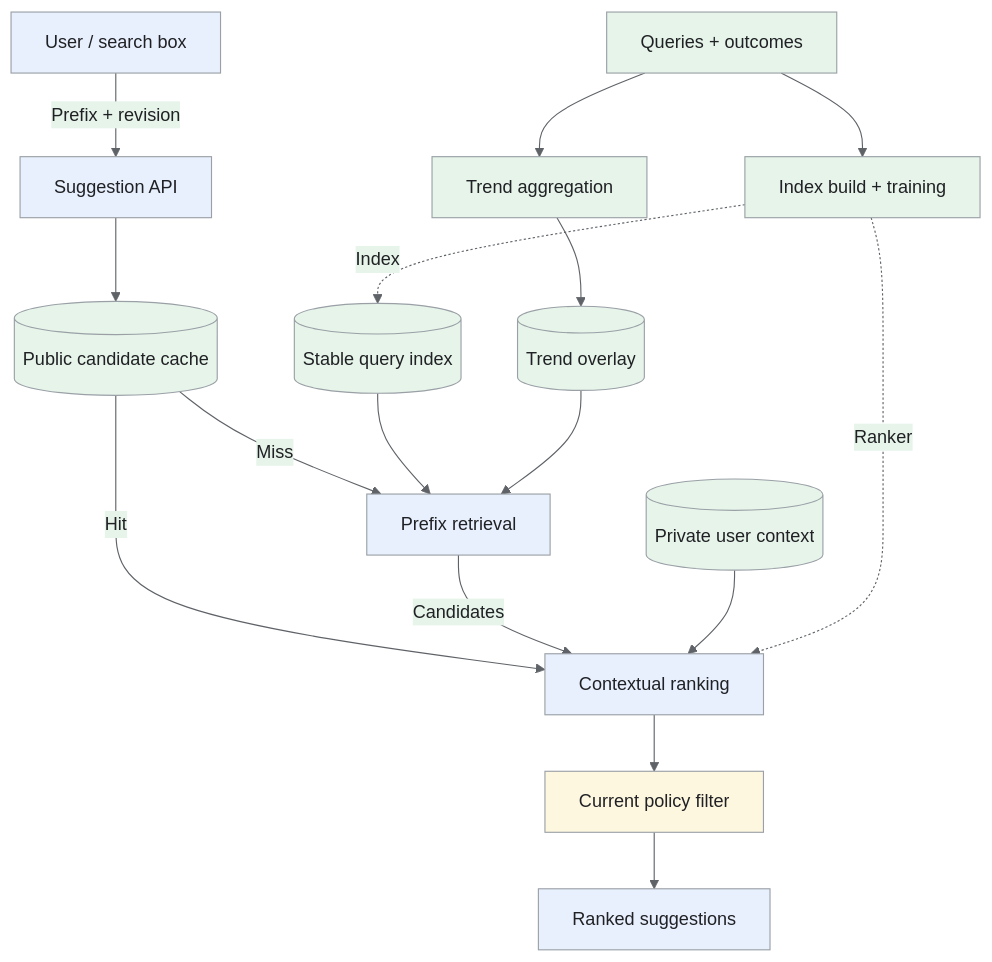
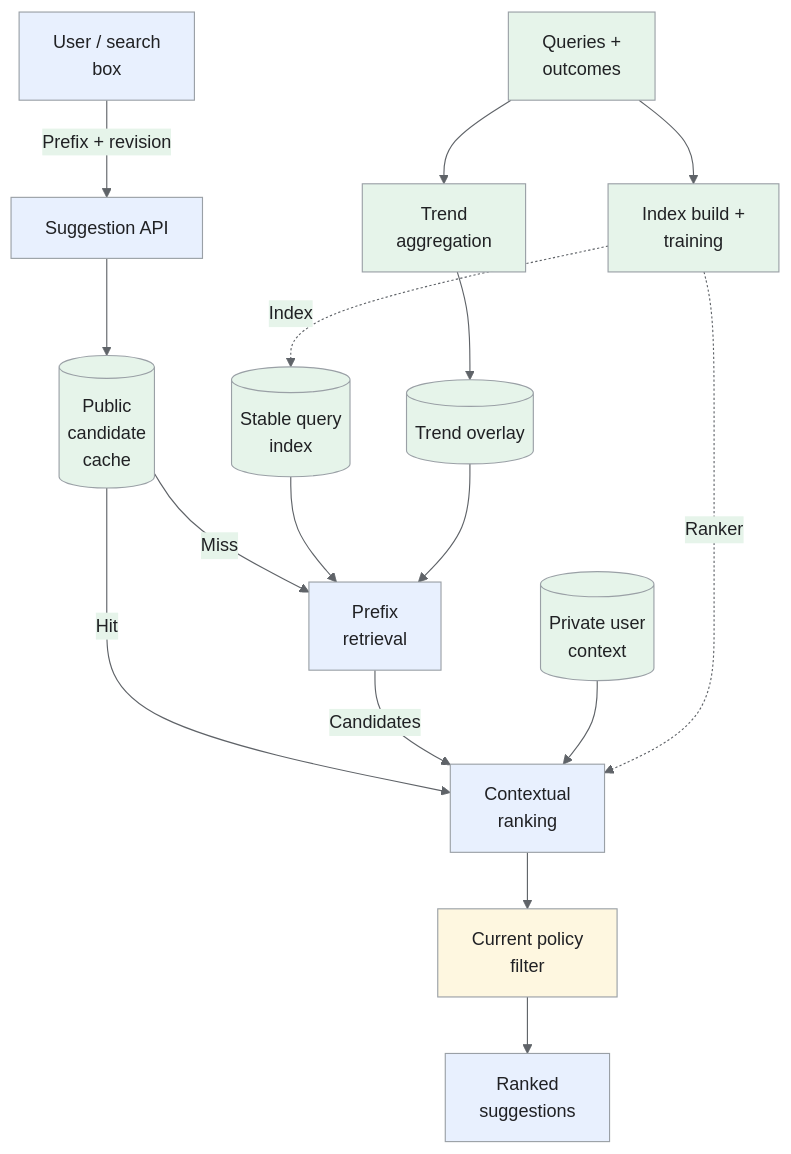
The first of 5 diagrams in _designs/autocomplete-query-suggestion.md (iliazlobin/iliazlobin.github.io), drawn with Mermaid before and after one commit. The commit also changed other lines of this file and 116 other files, not shown here.

````diff
--- a/_designs/autocomplete-query-suggestion.md
+++ b/_designs/autocomplete-query-suggestion.md
@@ -150,26 +132,26 @@
 ```mermaid
 %%{init: {'theme':'base','themeVariables':{'primaryColor':'#e8f0fe','primaryTextColor':'#202124','primaryBorderColor':'#9aa0a6','lineColor':'#5f6368','secondaryColor':'#e6f4ea','tertiaryColor':'#fef7e0','actorBkg':'#e8f0fe','actorBorder':'#9aa0a6','actorTextColor':'#202124','noteBkgColor':'#fef7e0','noteTextColor':'#202124','noteBorderColor':'#9aa0a6','signalColor':'#5f6368','signalTextColor':'#202124','labelBoxBkgColor':'#fef7e0','labelBoxBorderColor':'#9aa0a6'}}}%%
 flowchart TB
-  U["User / search box"] -->|"Prefix + revision"| API["Suggestion API"]
-  API --> CACHE[("Public candidate cache")]
-  CACHE -->|"Miss"| RET["Prefix retrieval"]
-  IDX[("Stable query index")] --> RET
+  U["User / search<br>box"] -->|"Prefix + revision"| API["Suggestion API"]
+  API --> CACHE[("Public<br>candidate<br>cache")]
+  CACHE -->|"Miss"| RET["Prefix<br>retrieval"]
+  IDX[("Stable query<br>index")] --> RET
   TREND[("Trend overlay")] --> RET
-  CACHE -->|"Hit"| RANK["Contextual ranking"]
+  CACHE -->|"Hit"| RANK["Contextual<br>ranking"]
   RET -->|"Candidates"| RANK
-  CONTEXT[("Private user context")] --> RANK
-  RANK --> POLICY["Current policy filter"]
-  POLICY --> RESULT["Ranked suggestions"]
-  EVENTS["Queries + outcomes"] --> AGG["Trend aggregation"]
+  CONTEXT[("Private user<br>context")] --> RANK
+  RANK --> POLICY["Current policy<br>filter"]
+  POLICY --> RESULT["Ranked<br>suggestions"]
+  EVENTS["Queries +<br>outcomes"] --> AGG["Trend<br>aggregation"]
   AGG --> TREND
-  EVENTS --> BUILD["Index build + training"]
+  EVENTS --> BUILD["Index build +<br>training"]
   BUILD -.->|"Index"| IDX
   BUILD -.->|"Ranker"| RANK
 classDef request fill:#e8f0fe,stroke:#9aa0a6,color:#202124;
 classDef data fill:#e6f4ea,stroke:#9aa0a6,color:#202124;
 classDef control fill:#fef7e0,stroke:#9aa0a6,color:#202124;
 class U,API,RET,RANK,RESULT request;
 class CACHE,IDX,TREND,CONTEXT,EVENTS,AGG,BUILD data;
 class POLICY control;
 
 ```
````
